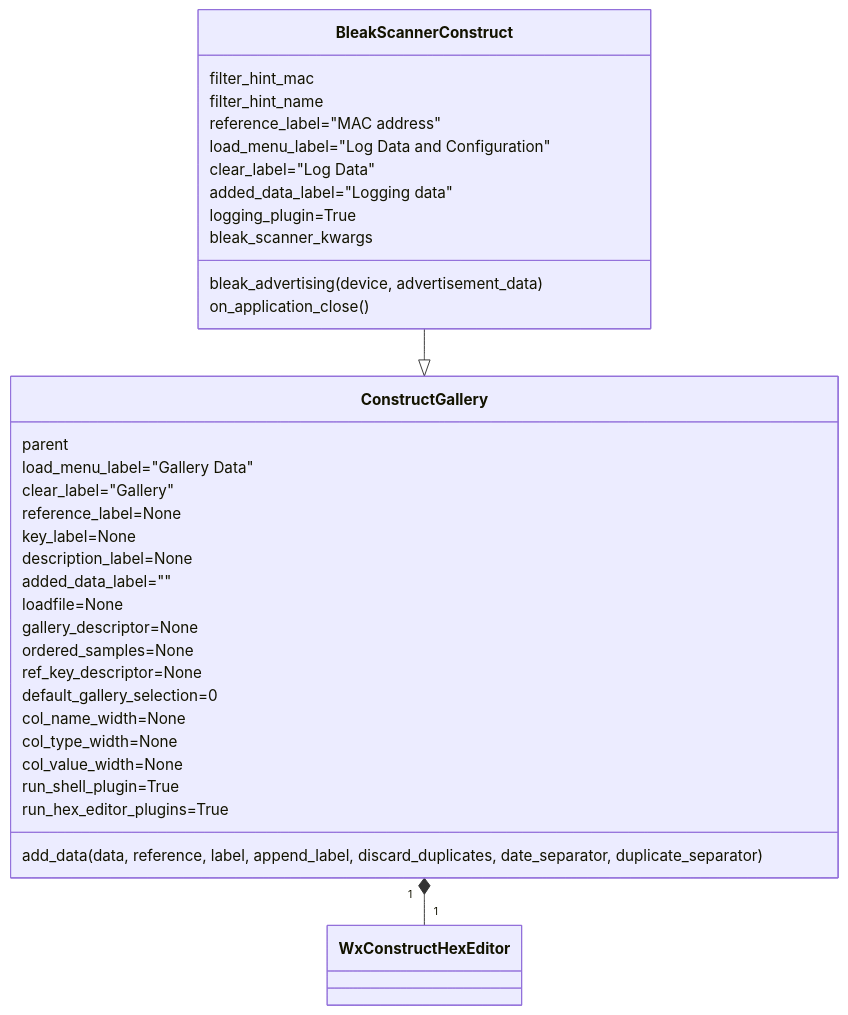
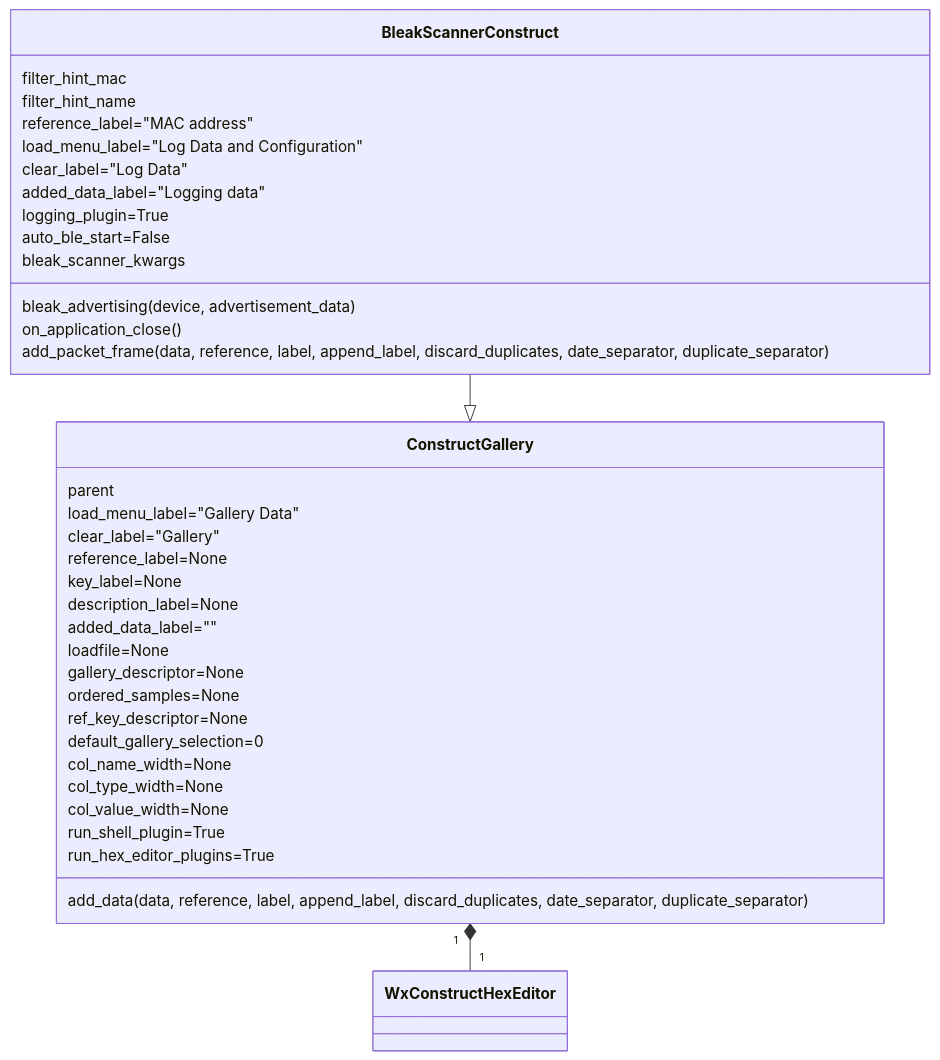
One commit to Ircama/construct-gallery changed the first of 3 diagrams in README.md. Above: the diagram before and after it, drawn with Mermaid. The commit also changed other lines of this file and 1 other file, not shown here.

````diff
--- a/README.md
+++ b/README.md
@@ -362,42 +362,44 @@
 ```mermaid
 classDiagram
     BleakScannerConstruct --|> ConstructGallery
     ConstructGallery "1" *-- "1" WxConstructHexEditor
 
     class BleakScannerConstruct{
         filter_hint_mac
         filter_hint_name
         reference_label="MAC address"
         load_menu_label="Log Data and Configuration"
         clear_label="Log Data"
         added_data_label="Logging data"
         logging_plugin=True
+        auto_ble_start=False
         bleak_scanner_kwargs
 
         bleak_advertising(device, advertisement_data)
         on_application_close()
+        add_packet_frame(data, reference, label, append_label, discard_duplicates, date_separator, duplicate_separator)
     }
 
     class ConstructGallery{
         parent
 
         load_menu_label="Gallery Data"
         clear_label="Gallery"
         reference_label=None
         key_label=None
         description_label=None
         added_data_label=""
         loadfile=None
         gallery_descriptor=None
         ordered_samples=None
         ref_key_descriptor=None
         default_gallery_selection=0
         col_name_width=None
         col_type_width=None
         col_value_width=None
         run_shell_plugin=True
         run_hex_editor_plugins=True
 
         add_data(data, reference, label, append_label, discard_duplicates, date_separator, duplicate_separator)
     }
 ```
````
